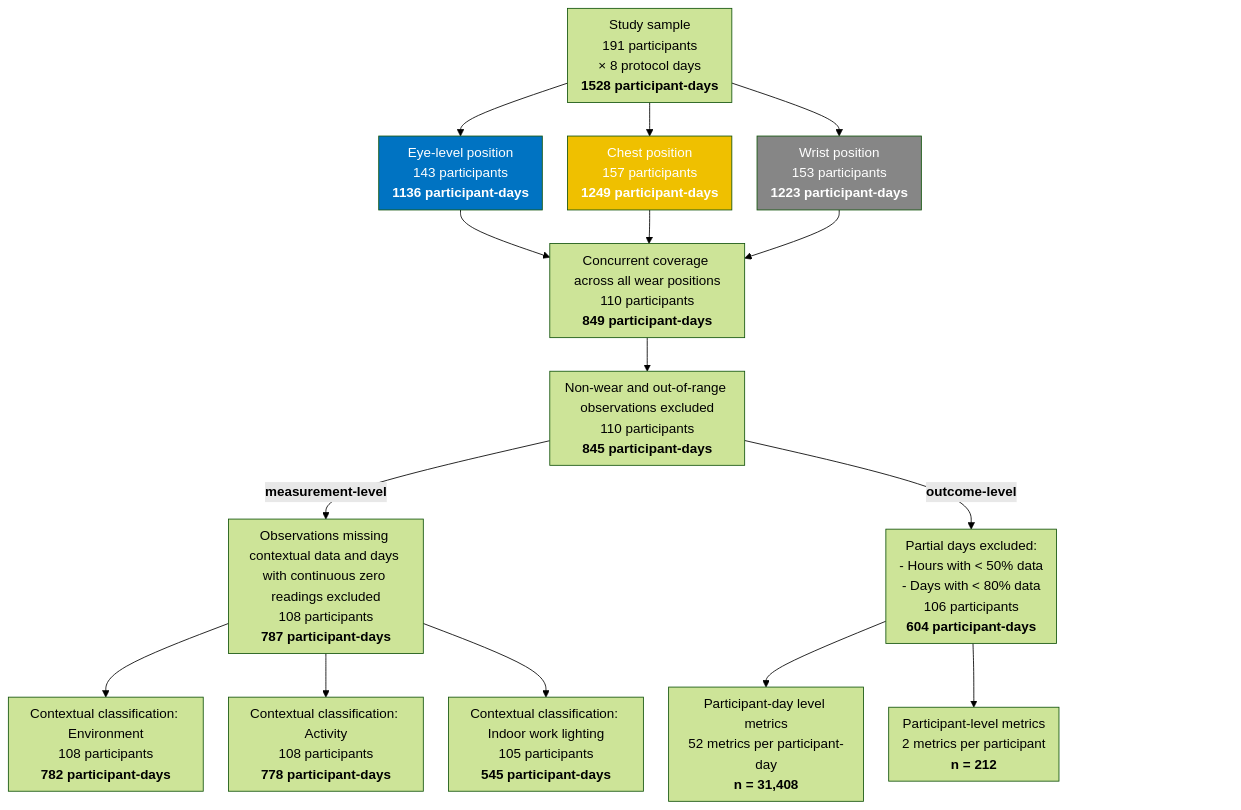
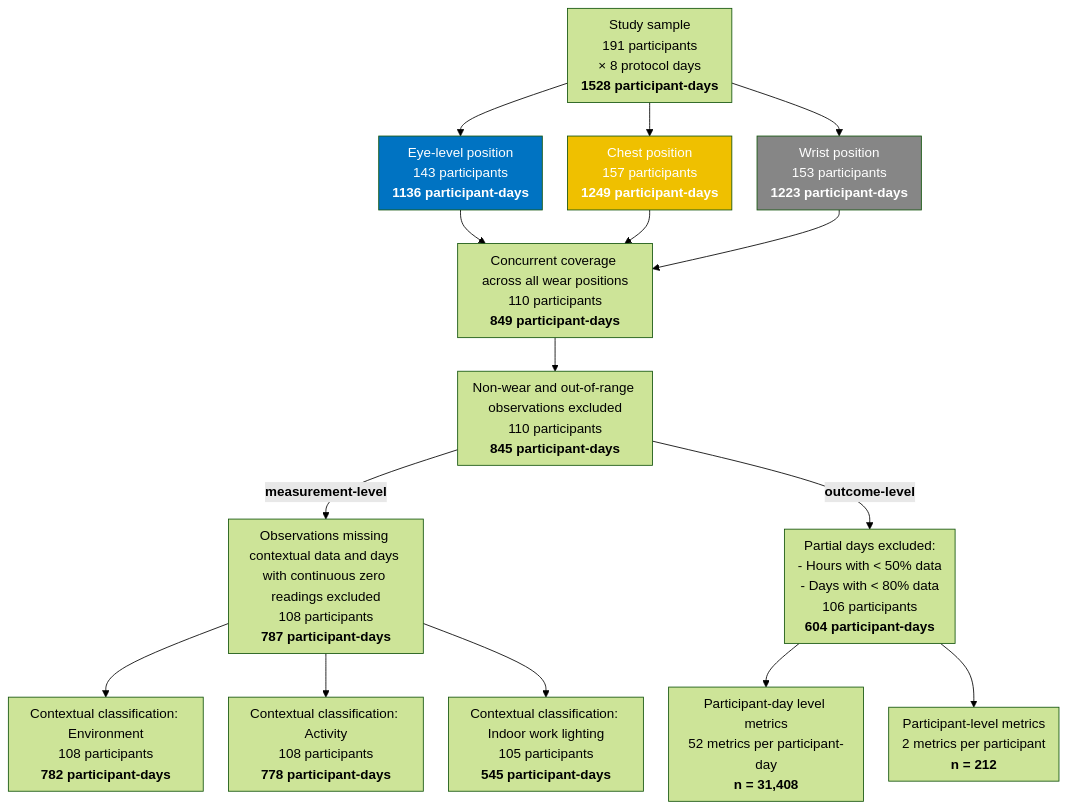
Before and after one commit to tscnlab/ZaunerDeVriesEtAl_bioRxiv_2026: the diagram in notebooks/_method_flowchart.qmd, drawn with Mermaid (forest theme). The commit also changed other lines of this file and 63 other files, not shown here.

Commit message:
updated method flowchart

````diff
--- a/notebooks/_method_flowchart.qmd
+++ b/notebooks/_method_flowchart.qmd
@@ -1,56 +1,52 @@
 ```{mermaid}
 %%| fig-width: 9
 %%| fig-cap: "Processing steps flowchart"
 %%| label: fig-method-flowchart
 %%| echo: true
 %%| code-fold: true
 %%{init: {"flowchart": {"padding": 8, "nodeSpacing": 30, "rankSpacing": 40, "diagramPadding": 4}} }%%
 flowchart TD
 
     A["Study sample<br/>191 participants<br/>× 8 protocol days<br/><b>1528 participant-days</b>"]
 
     B1["Eye-level position<br/>143 participants<br/><b>1136 participant-days</b>"]
 
     B2["Chest position<br/>157 participants<br/><b>1249 participant-days</b>"]
 
     B3["Wrist position<br/>153 participants<br/><b>1223 participant-days</b>"]
 
     C["Concurrent coverage across all wear positions<br/>110 participants<br/><b>849 participant-days</b>"]
 
     D["Non-wear and out-of-range observations excluded<br/>110 participants<br/><b>845 participant-days</b>"]
 
     E1["Observations missing contextual data and days with continuous zero readings excluded<br/>108 participants<br/><b>787 participant-days</b>"]
 
     E2["Partial days excluded:<br/>- Hours with &lt; 50% data<br/>- Days with &lt; 80% data<br/>106 participants<br/><b>604 participant-days</b>"]
     
     F1["Contextual classification: Environment<br/>108 participants<br/><b>782 participant-days</b>"]
     
     F2["Contextual classification: Activity<br/>108 participants<br/><b>778 participant-days</b>"]
     
     F3["Contextual classification: Indoor work lighting<br/>105 participants<br/><b>545 participant-days</b>"]
     
     F4["Participant-day level metrics<br/>52 metrics per participant-day<br/><b>n = 31,408</b>"]
 
     F5["Participant-level metrics<br/>2 metrics per participant<br/><b>n = 212</b>"]
 
     A --> B1 & B2 & B3
     B1 & B2 & B3 --> C
     C --> D
     D -->| <b> measurement-level </b> | E1    
     D -->| <b> outcome-level </b> | E2
     E1 --> F1 & F2 & F3
     E2 --> F4 & F5
-    E2 ~~~ Z
 
-    Z["&emsp;&emsp;&emsp;&emsp;&emsp;&emsp;&emsp;&emsp;&emsp;"]
-    style Z fill:none,stroke:none,color:transparent
-    
     classDef head  fill:#0073C2,color:#FFFFFF
     classDef chest fill:#EFC000,color:#FFFFFF
     classDef wrist fill:#868686,color:#FFFFFF
 
     class B1 head
     class B2 chest
     class B3 wrist
 
 ```
````
